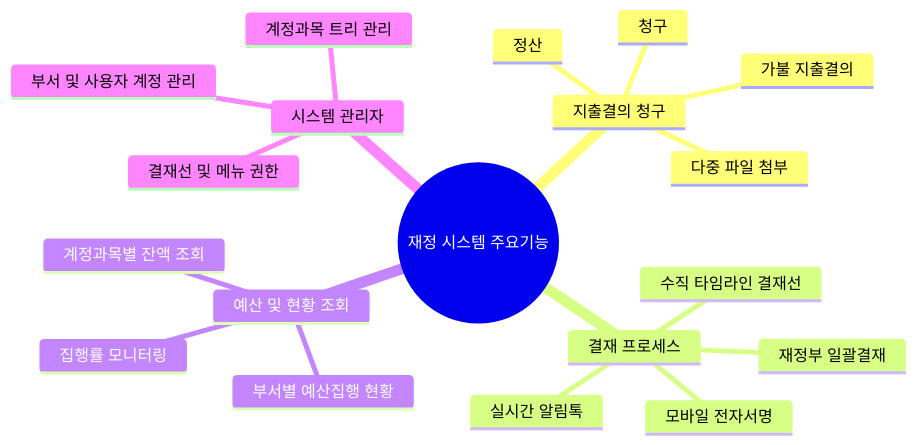
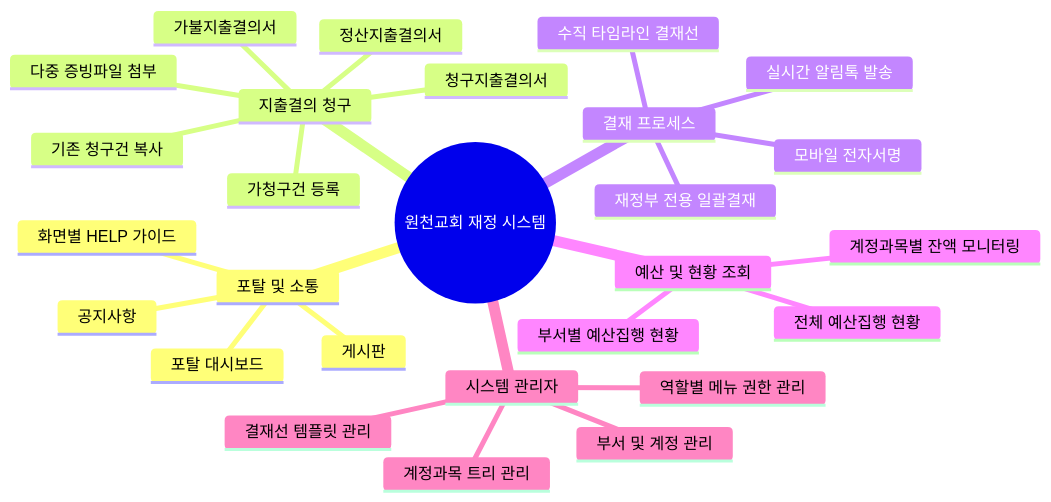
Before and after one commit to baeseokin/report-form-ui: the first of 2 diagrams in docs/system_introduction.md, drawn with Mermaid. The commit also changed other lines of this file and 1 other file, not shown here.

````diff
--- a/docs/system_introduction.md
+++ b/docs/system_introduction.md
@@ -45,22 +48,30 @@
 ```mermaid
 mindmap
-  root((재정 시스템 주요기능))
+  root((원천교회 재정 시스템))
+    포탈 및 소통
+      포탈 대시보드
+      공지사항
+      게시판
+      화면별 HELP 가이드
     지출결의 청구
-      청구
-      정산
-      가불 지출결의
-      다중 파일 첨부
+      청구지출결의서
+      정산지출결의서
+      가불지출결의서
+      가청구건 등록
+      다중 증빙파일 첨부
+      기존 청구건 복사
     결재 프로세스
       수직 타임라인 결재선
       모바일 전자서명
-      재정부 일괄결재
-      실시간 알림톡
+      재정부 전용 일괄결재
+      실시간 알림톡 발송
     예산 및 현황 조회
       부서별 예산집행 현황
-      계정과목별 잔액 조회
-      집행률 모니터링
+      전체 예산집행 현황
+      계정과목별 잔액 모니터링
     시스템 관리자
-      부서 및 사용자 계정 관리
-      결재선 및 메뉴 권한
+      부서 및 계정 관리
+      결재선 템플릿 관리
       계정과목 트리 관리
+      역할별 메뉴 권한 관리
 ```
````
